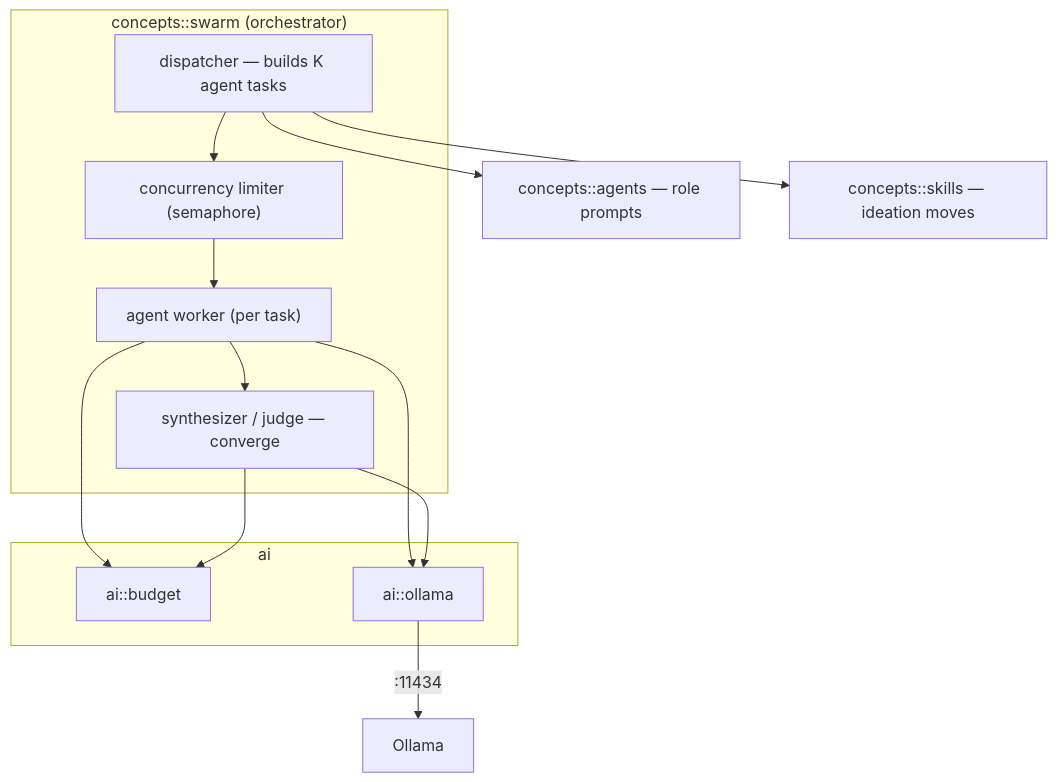
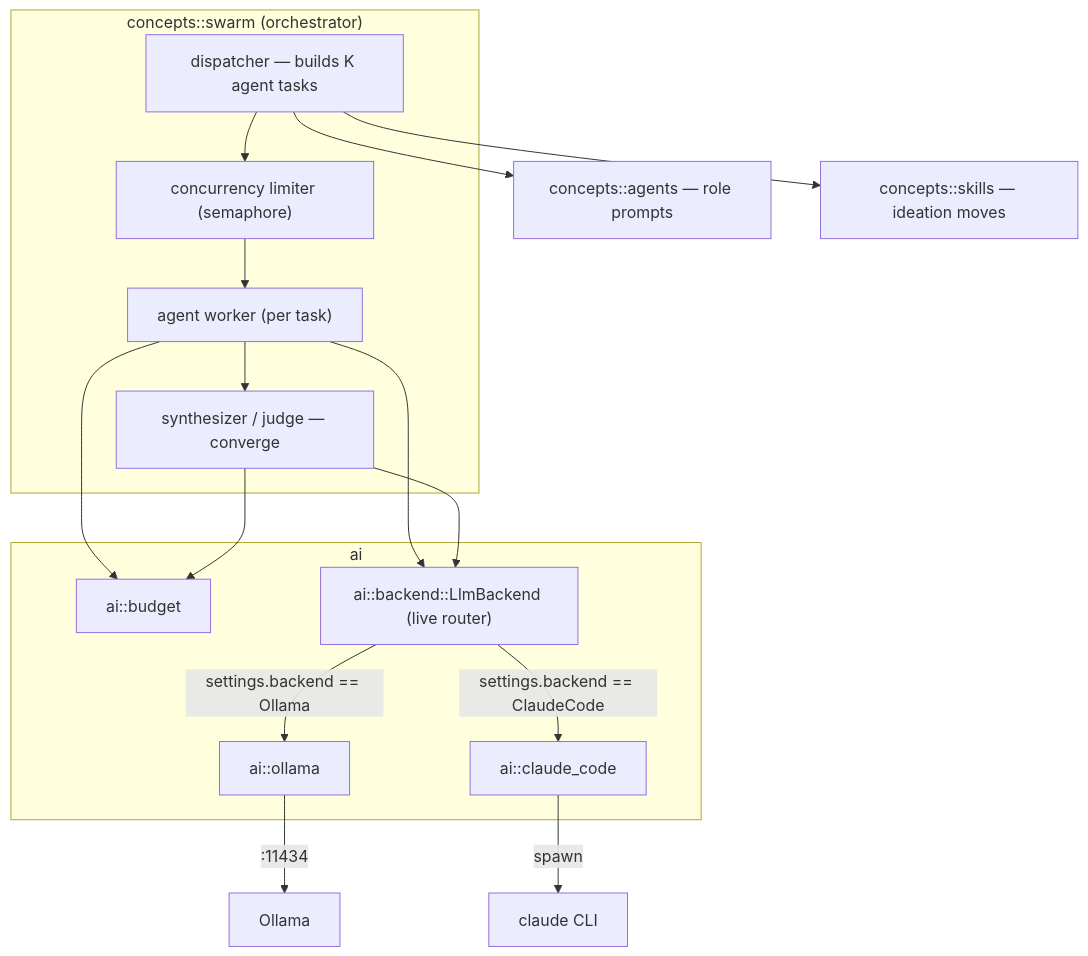
The second of 4 diagrams in docs/05-ai-integration.md (jasdian/idea-vault), drawn with Mermaid before and after one commit. The commit also changed other lines of this file and 19 other files, not shown here.

````diff
--- a/docs/05-ai-integration.md
+++ b/docs/05-ai-integration.md
@@ -81,26 +117,31 @@
 ```mermaid
 flowchart TB
     subgraph swarm["concepts::swarm (orchestrator)"]
         DISP["dispatcher — builds K agent tasks"]
         SEM["concurrency limiter (semaphore)"]
         WORK["agent worker (per task)"]
         SYNTH["synthesizer / judge — converge"]
     end
     subgraph aimod["ai"]
         BUD["ai::budget"]
+        LLM["ai::backend::LlmBackend (live router)"]
         OLL["ai::ollama"]
+        CC["ai::claude_code"]
     end
     AGENTS["concepts::agents — role prompts"]
     SKILLS["concepts::skills — ideation moves"]
 
     DISP --> AGENTS
     DISP --> SKILLS
     DISP --> SEM
     SEM --> WORK
     WORK --> BUD
-    WORK --> OLL
+    WORK --> LLM
     WORK --> SYNTH
     SYNTH --> BUD
-    SYNTH --> OLL
+    SYNTH --> LLM
+    LLM -->|"settings.backend == Ollama"| OLL
+    LLM -->|"settings.backend == ClaudeCode"| CC
     OLL -->|":11434"| ext["Ollama"]
+    CC -->|"spawn"| claude["claude CLI"]
 ```
````
